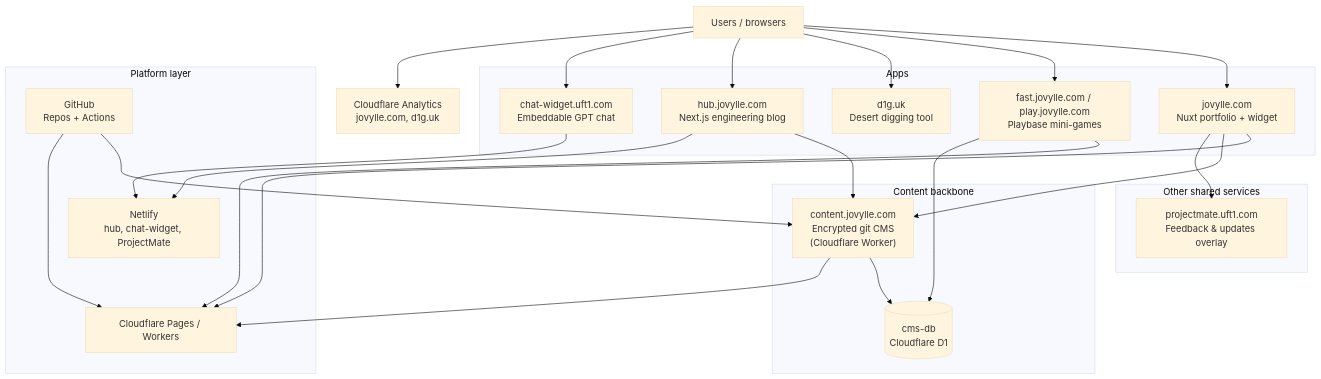
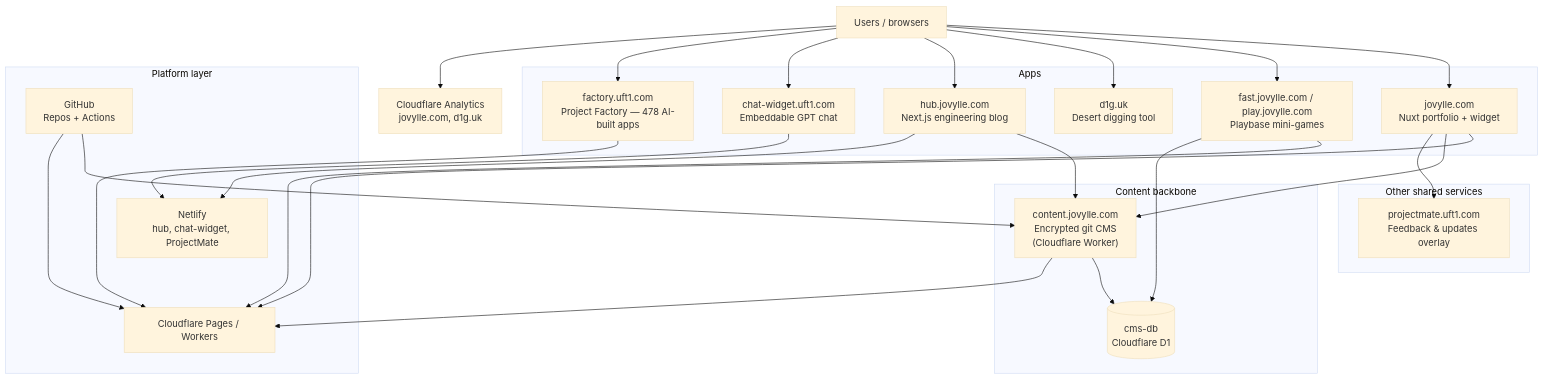
The diagram in content/ecosystem.md (jovylle/jovylle.com), drawn with Mermaid (base theme) before and after one commit. The commit also changed other lines of this file, not shown here.

Commit message:
content(ecosystem): add Project Factory to the ecosystem page

````diff
--- a/content/ecosystem.md
+++ b/content/ecosystem.md
@@ -12,48 +12,51 @@
 ```mermaid
 flowchart TB
   Users["Users / browsers"]
 
   subgraph apps["Apps"]
     Portfolio["jovylle.com<br/>Nuxt portfolio + widget"]
     Playbase["fast.jovylle.com / play.jovylle.com<br/>Playbase mini-games"]
     D1G["d1g.uk<br/>Desert digging tool"]
     Hub["hub.jovylle.com<br/>Next.js engineering blog"]
     ChatW["chat-widget.uft1.com<br/>Embeddable GPT chat"]
+    Factory["factory.uft1.com<br/>Project Factory — 478 AI-built apps"]
   end
 
   subgraph cms["Content backbone"]
     CMS["content.jovylle.com<br/>Encrypted git CMS<br/>(Cloudflare Worker)"]
     DB[("cms-db<br/>Cloudflare D1")]
   end
 
   subgraph shared["Other shared services"]
     PMate["projectmate.uft1.com<br/>Feedback & updates overlay"]
   end
 
   subgraph platform["Platform layer"]
     CF["Cloudflare Pages / Workers"]
     Netlify["Netlify<br/>hub, chat-widget, ProjectMate"]
     GH["GitHub<br/>Repos + Actions"]
   end
 
   Obs["Cloudflare Analytics<br/>jovylle.com, d1g.uk"]
 
   Users --> Portfolio
   Users --> Playbase
   Users --> D1G
   Users --> Hub
   Users --> ChatW
+  Users --> Factory
   Portfolio --> CF
   Portfolio --> CMS
   Portfolio --> PMate
   Hub --> CMS
   Hub --> Netlify
   ChatW --> Netlify
   Playbase --> CF
   Playbase --> DB
+  Factory --> CF
   CMS --> DB
   CMS --> CF
   GH --> CMS
   GH --> CF
   Users --> Obs
 ```
````
